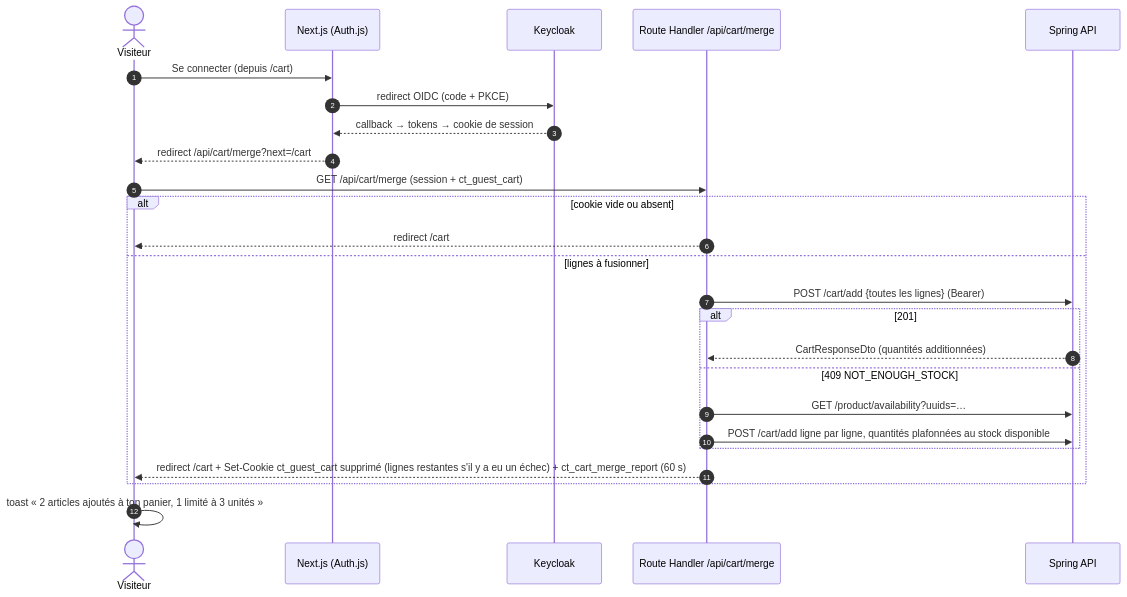
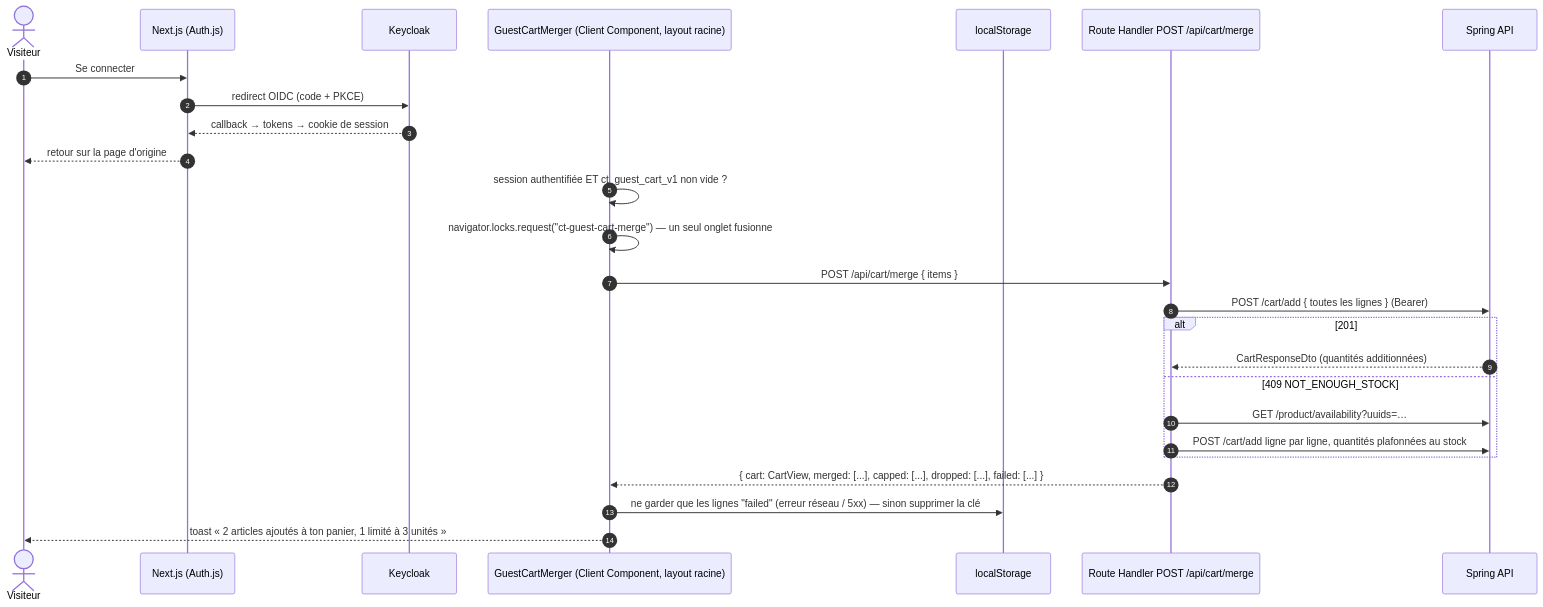
Before and after one commit to ZETROV93XB47/cybertech-front: the second of 2 diagrams in docs/guest-cart.md, drawn with Mermaid. The commit also changed other lines of this file and 4 other files, not shown here.

Commit message:
docs: guest cart goes with option B (localStorage + merge at login)

````diff
--- a/docs/guest-cart.md
+++ b/docs/guest-cart.md
@@ -59,28 +64,29 @@
 ```mermaid
 sequenceDiagram
     autonumber
     actor V as Visiteur
     participant N as Next.js (Auth.js)
     participant K as Keycloak
-    participant M as Route Handler /api/cart/merge
+    participant UI as GuestCartMerger (Client Component, layout racine)
+    participant LS as localStorage
+    participant BFF as Route Handler POST /api/cart/merge
     participant S as Spring API
 
-    V->>N: Se connecter (depuis /cart)
+    V->>N: Se connecter
     N->>K: redirect OIDC (code + PKCE)
     K-->>N: callback → tokens → cookie de session
-    N-->>V: redirect /api/cart/merge?next=/cart
-    V->>M: GET /api/cart/merge (session + ct_guest_cart)
-    alt cookie vide ou absent
-        M-->>V: redirect /cart
-    else lignes à fusionner
-        M->>S: POST /cart/add {toutes les lignes} (Bearer)
-        alt 201
-            S-->>M: CartResponseDto (quantités additionnées)
-        else 409 NOT_ENOUGH_STOCK
-            M->>S: GET /product/availability?uuids=…
-            M->>S: POST /cart/add ligne par ligne, quantités plafonnées au stock disponible
-        end
-        M-->>V: redirect /cart + Set-Cookie ct_guest_cart supprimé (lignes restantes s'il y a eu un échec) + ct_cart_merge_report (60 s)
+    N-->>V: retour sur la page d'origine
+    UI->>UI: session authentifiée ET ct_guest_cart_v1 non vide ?
+    UI->>UI: navigator.locks.request("ct-guest-cart-merge") — un seul onglet fusionne
+    UI->>BFF: POST /api/cart/merge { items }
+    BFF->>S: POST /cart/add { toutes les lignes } (Bearer)
+    alt 201
+        S-->>BFF: CartResponseDto (quantités additionnées)
+    else 409 NOT_ENOUGH_STOCK
+        BFF->>S: GET /product/availability?uuids=…
+        BFF->>S: POST /cart/add ligne par ligne, quantités plafonnées au stock
     end
-    V->>V: toast « 2 articles ajoutés à ton panier, 1 limité à 3 unités »
+    BFF-->>UI: { cart: CartView, merged: [...], capped: [...], dropped: [...], failed: [...] }
+    UI->>LS: ne garder que les lignes "failed" (erreur réseau / 5xx) — sinon supprimer la clé
+    UI-->>V: toast « 2 articles ajoutés à ton panier, 1 limité à 3 unités »
 ```
````
